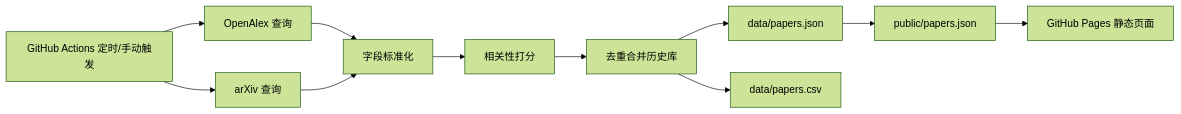
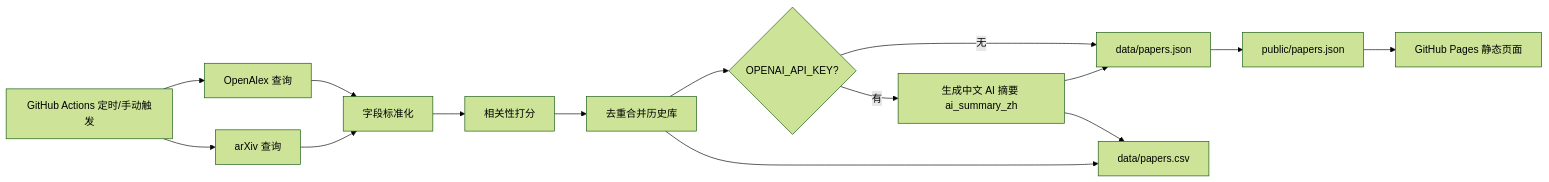
One commit to HexWillAppear/bim-ifc-paper-radar changed the diagram in docs/logic-breakdown.zh-CN.md. Above: the diagram before and after it, drawn with Mermaid (forest theme). The commit also changed other lines of this file and 10 other files, not shown here.

````diff
--- a/docs/logic-breakdown.zh-CN.md
+++ b/docs/logic-breakdown.zh-CN.md
@@ -9,13 +9,17 @@
 ```mermaid
 flowchart LR
   A[GitHub Actions 定时/手动触发] --> B[OpenAlex 查询]
   A --> C[arXiv 查询]
   B --> D[字段标准化]
   C --> D
   D --> E[相关性打分]
   E --> F[去重合并历史库]
-  F --> G[data/papers.json]
+  F --> K{OPENAI_API_KEY?}
+  K -->|有| L[生成中文 AI 摘要 ai_summary_zh]
+  K -->|无| G[data/papers.json]
+  L --> G[data/papers.json]
+  L --> H[data/papers.csv]
   F --> H[data/papers.csv]
   G --> I[public/papers.json]
   I --> J[GitHub Pages 静态页面]
 ```
````
